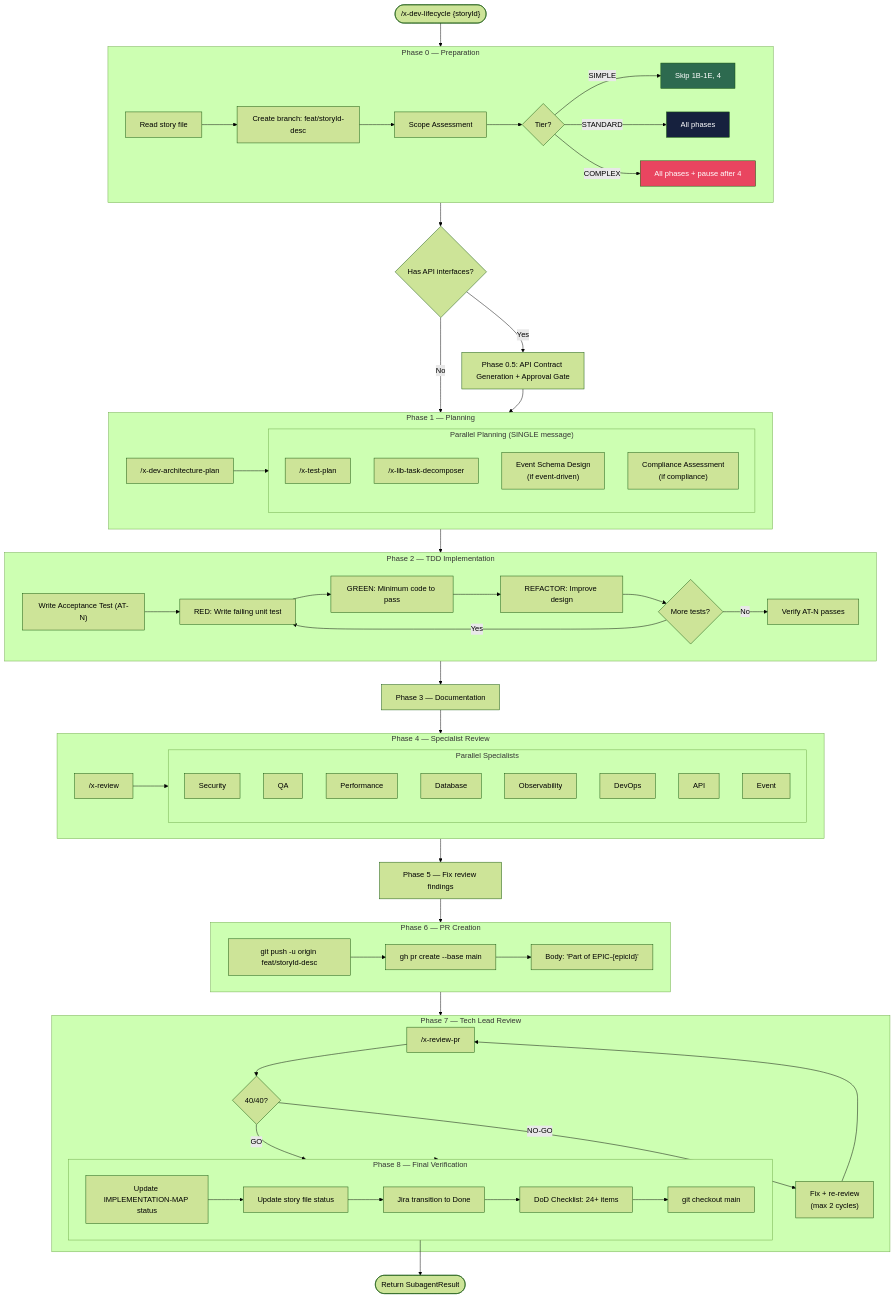
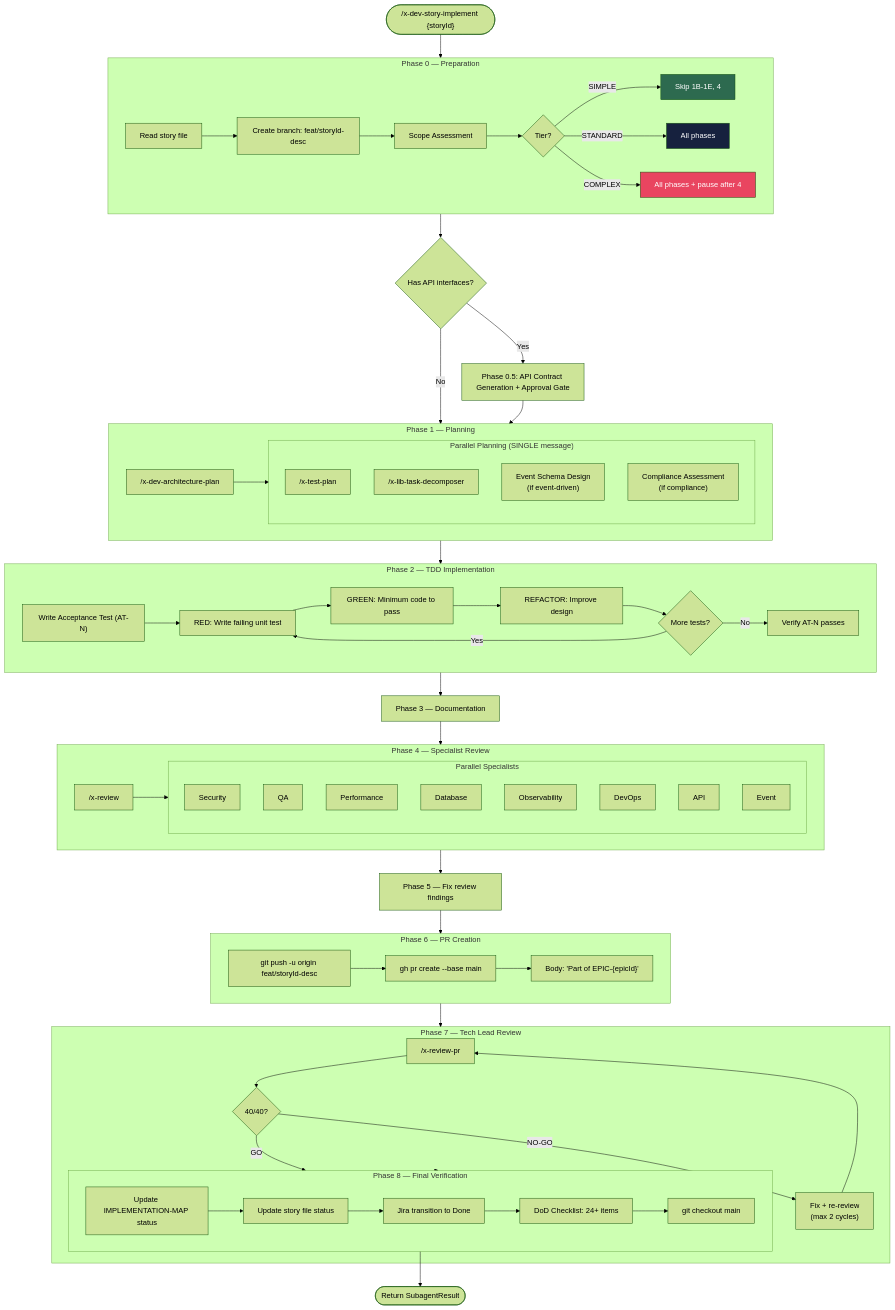
Before and after one commit to edercnj/ia-dev-environment: the third of 8 diagrams in java/src/main/resources/targets/claude/skills/core/x-dev-epic-implement/README.md, drawn with Mermaid (forest theme). The commit also changed other lines of this file and 149 other files, not shown here.

````diff
--- a/java/src/main/resources/targets/claude/skills/core/x-dev-epic-implement/README.md
+++ b/java/src/main/resources/targets/claude/skills/core/x-dev-epic-implement/README.md
@@ -116,6 +116,6 @@
 ```mermaid
 flowchart TD
-    ENTRY(["/x-dev-lifecycle {storyId}"]) --> PH0
+    ENTRY(["/x-dev-story-implement {storyId}"]) --> PH0
 
     subgraph PH0["Phase 0 — Preparation"]
         PH0A[Read story file] --> PH0B[Create branch: feat/storyId-desc]
````
